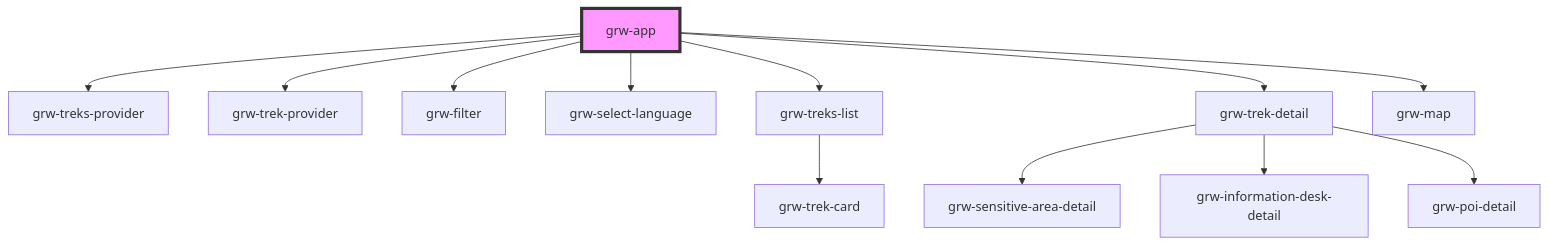
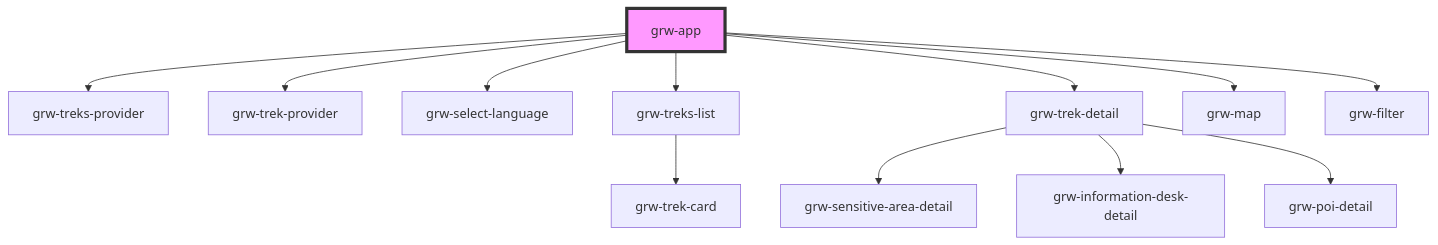
Before and after one commit to GeotrekCE/Geotrek-rando-widget: the diagram in src/components/grw-app/readme.md, drawn with Mermaid. The commit also changed other lines of this file and 49 other files, not shown here.

````diff
--- a/src/components/grw-app/readme.md
+++ b/src/components/grw-app/readme.md
@@ -50,15 +62,15 @@
 ```mermaid
 graph TD;
   grw-app --> grw-treks-provider
   grw-app --> grw-trek-provider
-  grw-app --> grw-filter
   grw-app --> grw-select-language
   grw-app --> grw-treks-list
   grw-app --> grw-trek-detail
   grw-app --> grw-map
+  grw-app --> grw-filter
   grw-treks-list --> grw-trek-card
   grw-trek-detail --> grw-sensitive-area-detail
   grw-trek-detail --> grw-information-desk-detail
   grw-trek-detail --> grw-poi-detail
   style grw-app fill:#f9f,stroke:#333,stroke-width:4px
 ```
````
